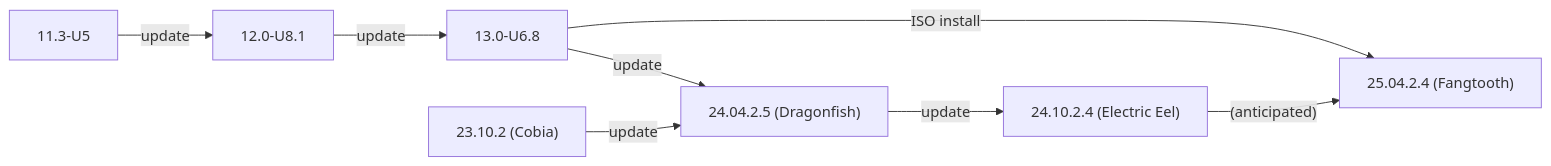
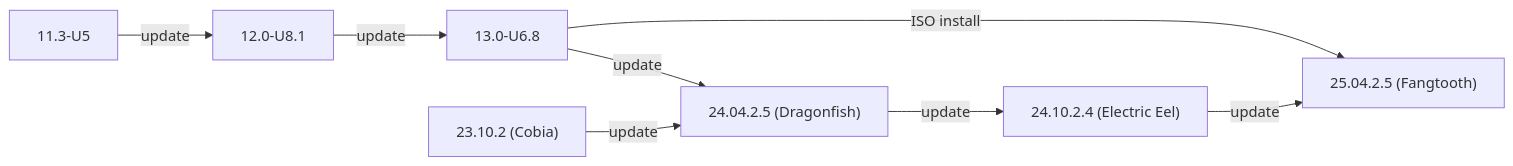
One commit to truenas/documentation changed the second of 2 diagrams in static/includes/SCALEUpgradePaths.md. Above: the diagram before and after it, drawn with Mermaid. The commit also changed other lines of this file and 3 other files, not shown here.

```diff
--- a/static/includes/SCALEUpgradePaths.md
+++ b/static/includes/SCALEUpgradePaths.md
@@ -87,11 +87,11 @@
           {{< mermaid class="mermaid_sizing" >}}
           flowchart LR
             A["11.3-U5"] -->|update| B
             B["12.0-U8.1"] -->|update| C
             C["13.0-U6.8"] -->|ISO install| G
             C -->|update| E
             D["23.10.2 (Cobia)"] -->|update| E
             E["24.04.2.5 (Dragonfish)"]  -->|update| F
-            F["24.10.2.4 (Electric Eel)"] -->|"(anticipated)"| G
-            G["25.04.2.4 (Fangtooth)"]
+            F["24.10.2.4 (Electric Eel)"] -->|update| G
+            G["25.04.2.5 (Fangtooth)"]
           {{< /mermaid >}}
```
